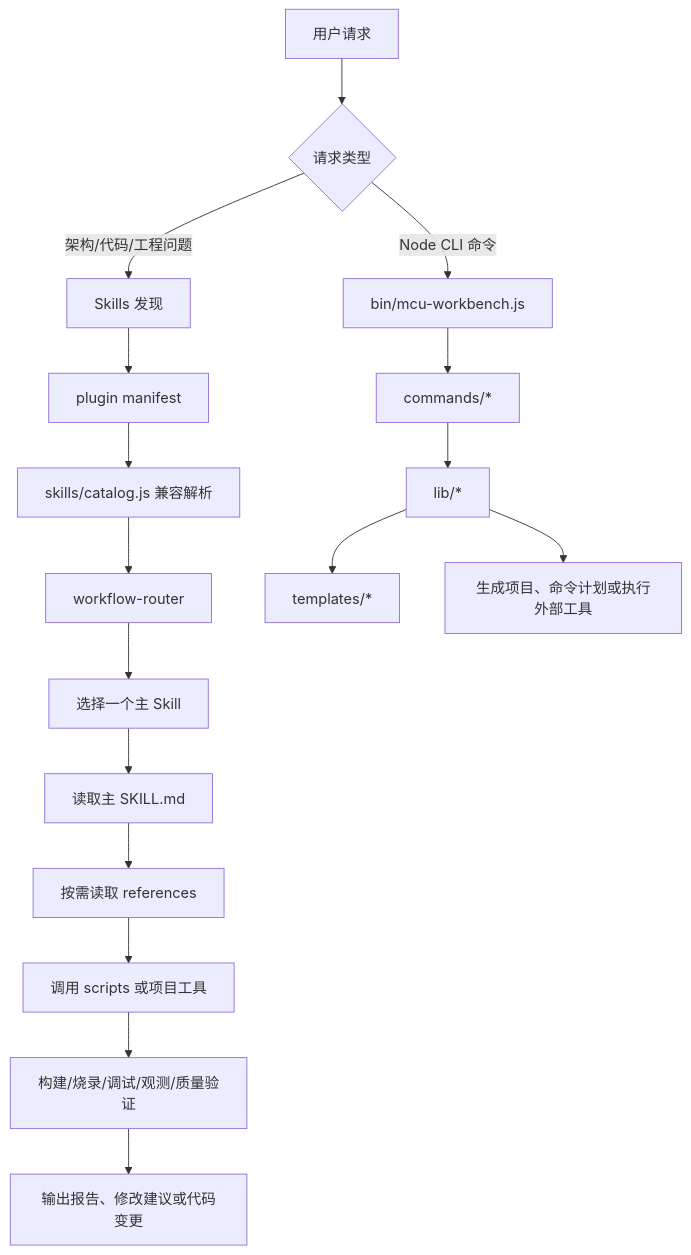
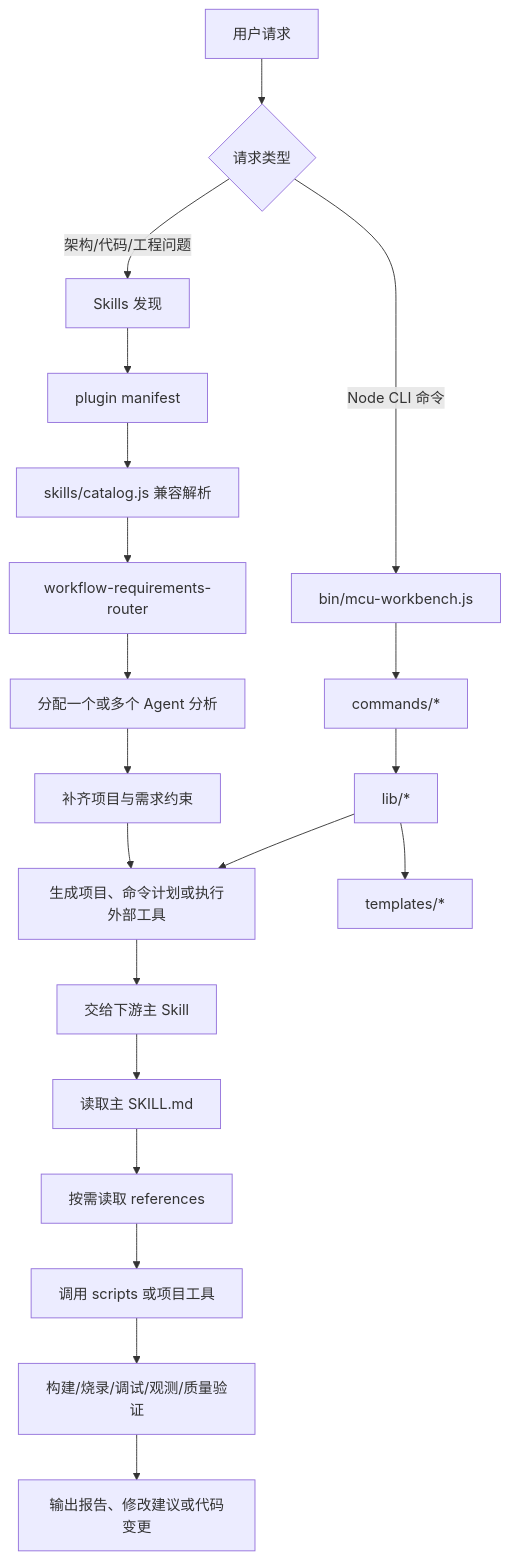
One commit to shuai-yemao/mcu-workbench changed the first of 2 diagrams in docs/plugin-execution-flow.md. Above: the diagram before and after it, drawn with Mermaid. The commit also changed other lines of this file and 13 other files, not shown here.

Commit message:
feat(workflow): add requirements constraint router

````diff
--- a/docs/plugin-execution-flow.md
+++ b/docs/plugin-execution-flow.md
@@ -7,22 +7,25 @@
 ```mermaid
 flowchart TD
     U[用户请求] --> D{请求类型}
 
     D -->|架构/代码/工程问题| S0[Skills 发现]
     D -->|Node CLI 命令| N0[bin/mcu-workbench.js]
 
     S0 --> M[plugin manifest]
     M --> C[skills/catalog.js 兼容解析]
-    C --> R[workflow-router]
-    R --> S[选择一个主 Skill]
+    C --> R[workflow-requirements-router]
+    R --> A[分配一个或多个 Agent 分析]
+    A --> Q[补齐项目与需求约束]
+    Q --> P[生成需求约束包提示词]
+    P --> S[交给下游主 Skill]
     S --> G[读取主 SKILL.md]
     G --> Ref[按需读取 references]
     Ref --> Tool[调用 scripts 或项目工具]
     Tool --> V[构建/烧录/调试/观测/质量验证]
     V --> O[输出报告、修改建议或代码变更]
 
     N0 --> Cmd[commands/*]
     Cmd --> Lib[lib/*]
     Lib --> T[templates/*]
     Lib --> P[生成项目、命令计划或执行外部工具]
 ```
````
